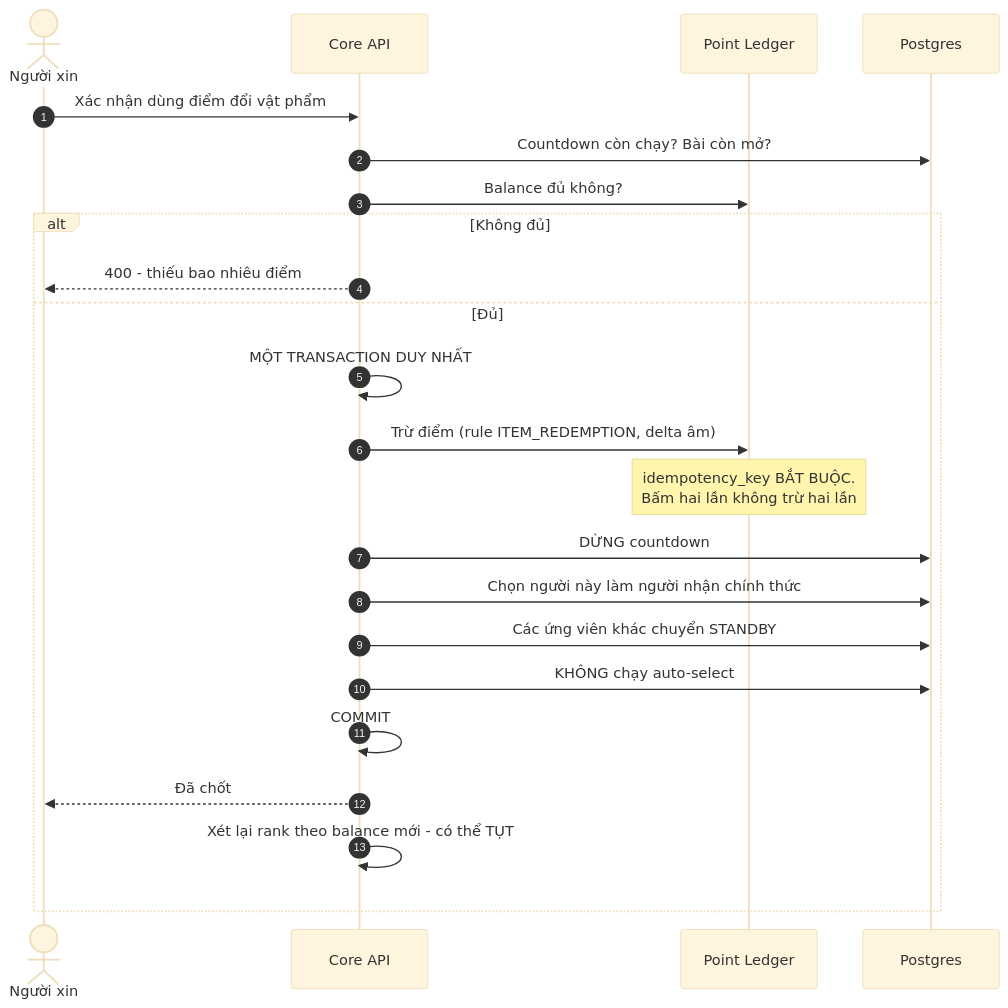
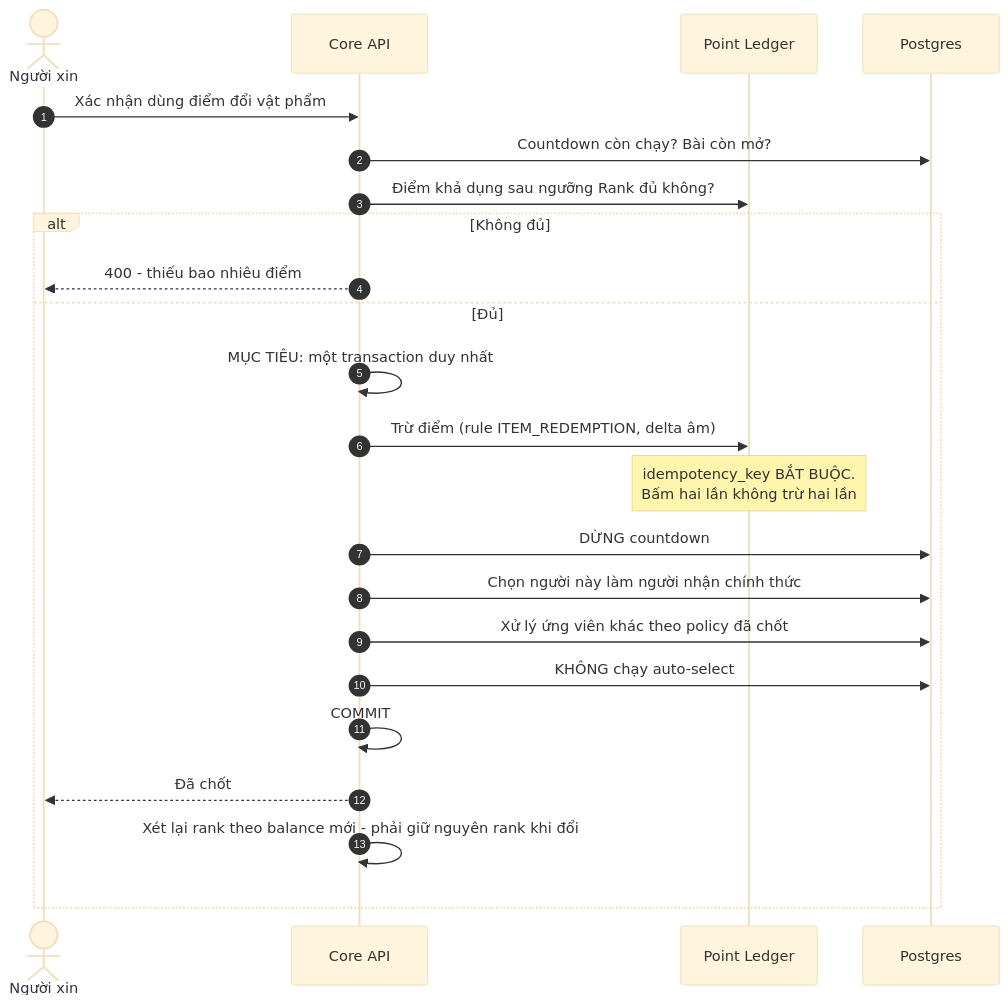
One commit to fdshn/trueheart changed the third of 4 diagrams in docs/diagram/14-redemption.md. Above: the diagram before and after it, drawn with Mermaid (base theme). The commit also changed other lines of this file, not shown here.

First line of the commit message:
docs: align redemption diagram with requirement gaps

````diff
--- a/docs/diagram/14-redemption.md
+++ b/docs/diagram/14-redemption.md
@@ -93,26 +97,26 @@
 ```mermaid
 sequenceDiagram
     autonumber
     actor R as Người xin
     participant API as Core API
     participant P as Point Ledger
     participant DB as Postgres
 
     R->>API: Xác nhận dùng điểm đổi vật phẩm
     API->>DB: Countdown còn chạy? Bài còn mở?
-    API->>P: Balance đủ không?
+    API->>P: Điểm khả dụng sau ngưỡng Rank đủ không?
     alt Không đủ
         API-->>R: 400 - thiếu bao nhiêu điểm
     else Đủ
-        API->>API: MỘT TRANSACTION DUY NHẤT
+        API->>API: MỤC TIÊU: một transaction duy nhất
         API->>P: Trừ điểm (rule ITEM_REDEMPTION, delta âm)
         Note over P: idempotency_key BẮT BUỘC.<br/>Bấm hai lần không trừ hai lần
         API->>DB: DỪNG countdown
         API->>DB: Chọn người này làm người nhận chính thức
-        API->>DB: Các ứng viên khác chuyển STANDBY
+        API->>DB: Xử lý ứng viên khác theo policy đã chốt
         API->>DB: KHÔNG chạy auto-select
         API->>API: COMMIT
         API-->>R: Đã chốt
-        API->>API: Xét lại rank theo balance mới - có thể TỤT
+        API->>API: Xét lại rank theo balance mới - phải giữ nguyên rank khi đổi
     end
 ```
````
